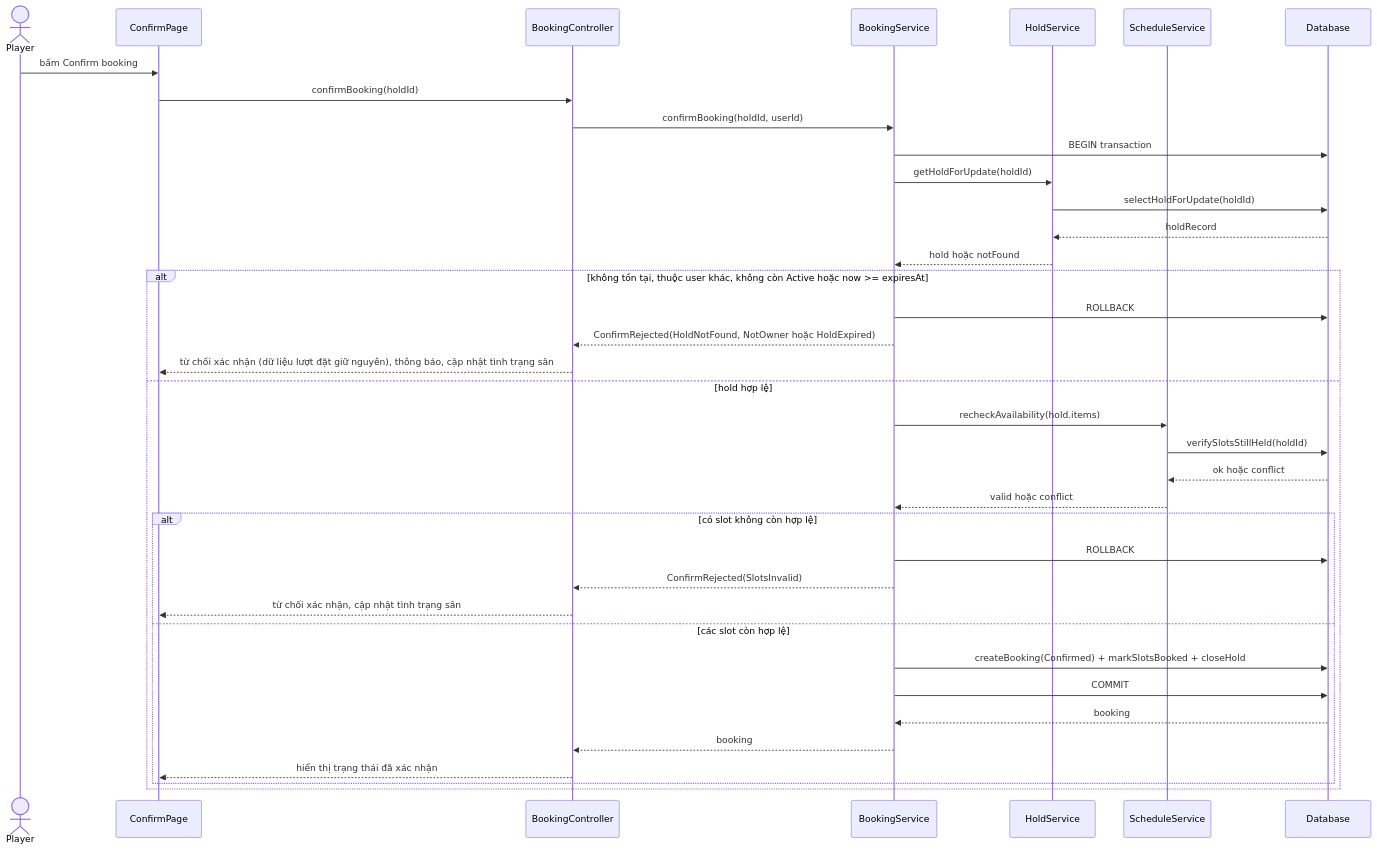
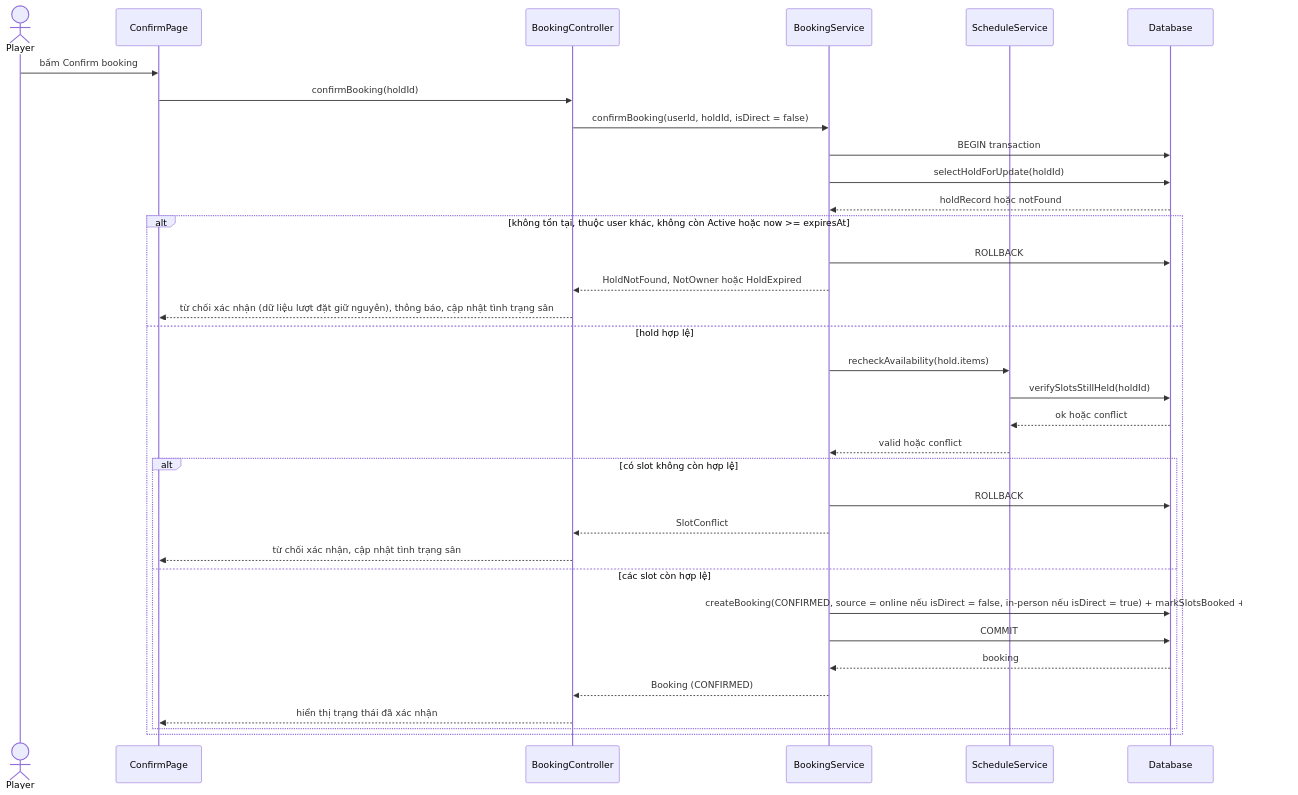
Before and after one commit to buikhoa130406/se-project-t04: the second of 6 diagrams in docs/design/sequences/sequence-diagrams.md, drawn with Mermaid. The commit also changed other lines of this file and 5 other files, not shown here.

````diff
--- a/docs/design/sequences/sequence-diagrams.md
+++ b/docs/design/sequences/sequence-diagrams.md
@@ -83,42 +83,39 @@
 ```mermaid
 sequenceDiagram
     actor Player
     participant ConfirmPage
     participant BookingController
     participant BookingService
-    participant HoldService
     participant ScheduleService
     participant Database
 
     Player->>ConfirmPage: bấm Confirm booking
     ConfirmPage->>BookingController: confirmBooking(holdId)
-    BookingController->>BookingService: confirmBooking(holdId, userId)
+    BookingController->>BookingService: confirmBooking(userId, holdId, isDirect = false)
     BookingService->>Database: BEGIN transaction
-    BookingService->>HoldService: getHoldForUpdate(holdId)
-    HoldService->>Database: selectHoldForUpdate(holdId)
-    Database-->>HoldService: holdRecord
-    HoldService-->>BookingService: hold hoặc notFound
+    BookingService->>Database: selectHoldForUpdate(holdId)
+    Database-->>BookingService: holdRecord hoặc notFound
 
     alt không tồn tại, thuộc user khác, không còn Active hoặc now >= expiresAt
         BookingService->>Database: ROLLBACK
-        BookingService-->>BookingController: ConfirmRejected(HoldNotFound, NotOwner hoặc HoldExpired)
+        BookingService-->>BookingController: HoldNotFound, NotOwner hoặc HoldExpired
         BookingController-->>ConfirmPage: từ chối xác nhận (dữ liệu lượt đặt giữ nguyên), thông báo, cập nhật tình trạng sân
     else hold hợp lệ
         BookingService->>ScheduleService: recheckAvailability(hold.items)
         ScheduleService->>Database: verifySlotsStillHeld(holdId)
         Database-->>ScheduleService: ok hoặc conflict
         ScheduleService-->>BookingService: valid hoặc conflict
 
         alt có slot không còn hợp lệ
             BookingService->>Database: ROLLBACK
-            BookingService-->>BookingController: ConfirmRejected(SlotsInvalid)
+            BookingService-->>BookingController: SlotConflict
             BookingController-->>ConfirmPage: từ chối xác nhận, cập nhật tình trạng sân
         else các slot còn hợp lệ
-            BookingService->>Database: createBooking(Confirmed) + markSlotsBooked + closeHold
+            BookingService->>Database: createBooking(CONFIRMED, source = online nếu isDirect = false, in-person nếu isDirect = true) + markSlotsBooked + closeHold
             BookingService->>Database: COMMIT
             Database-->>BookingService: booking
-            BookingService-->>BookingController: booking
+            BookingService-->>BookingController: Booking (CONFIRMED)
             BookingController-->>ConfirmPage: hiển thị trạng thái đã xác nhận
         end
     end
 ```
````
